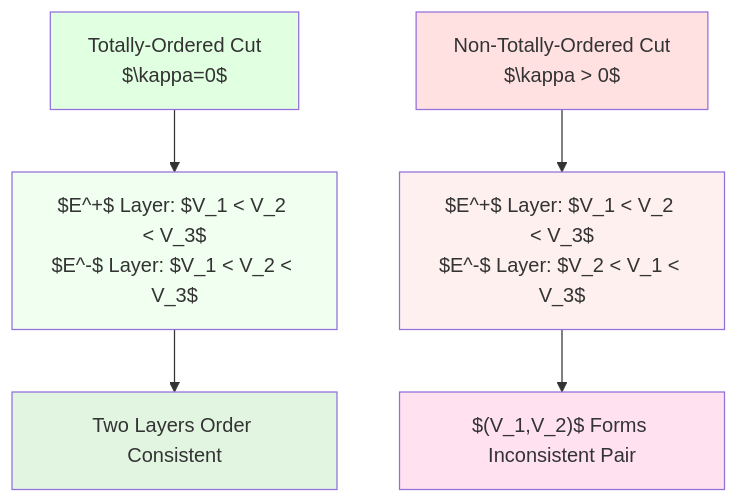
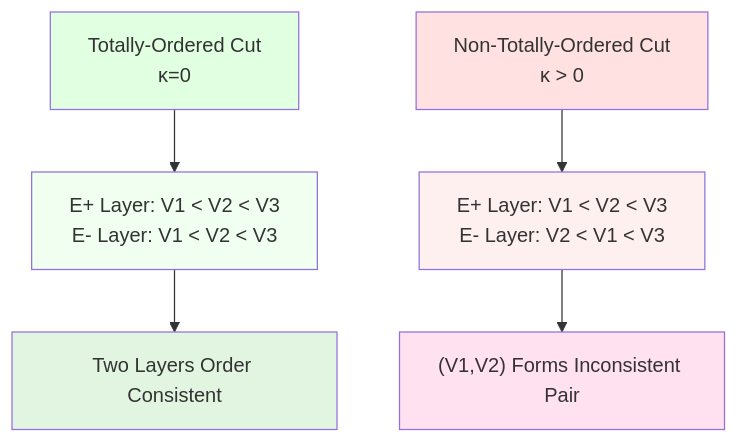
The third of 6 diagrams in docs/euler-article/gls-union/21-causal-diamond-chain/03-markov-stitching_en.md (loning/zeckendorf-hilbert), drawn with Mermaid before and after one commit. The commit also changed other lines of this file and 2 other files, not shown here.

````diff
--- a/docs/euler-article/gls-union/21-causal-diamond-chain/03-markov-stitching_en.md
+++ b/docs/euler-article/gls-union/21-causal-diamond-chain/03-markov-stitching_en.md
@@ -207,15 +207,15 @@
 ```mermaid
 graph TD
-    A["Totally-Ordered Cut<br/>$\kappa=0$"] --> A1["$E^+$ Layer: $V_1 < V_2 < V_3$<br/>$E^-$ Layer: $V_1 < V_2 < V_3$"]
+    A["Totally-Ordered Cut<br/>κ=0"] --> A1["E+ Layer: V1 < V2 < V3<br/>E- Layer: V1 < V2 < V3"]
     A1 --> A2["Two Layers Order Consistent"]
 
-    B["Non-Totally-Ordered Cut<br/>$\kappa > 0$"] --> B1["$E^+$ Layer: $V_1 < V_2 < V_3$<br/>$E^-$ Layer: $V_2 < V_1 < V_3$"]
-    B1 --> B2["$(V_1,V_2)$ Forms Inconsistent Pair"]
+    B["Non-Totally-Ordered Cut<br/>κ > 0"] --> B1["E+ Layer: V1 < V2 < V3<br/>E- Layer: V2 < V1 < V3"]
+    B1 --> B2["(V1,V2) Forms Inconsistent Pair"]
 
     style A fill:#e1ffe1
     style A1 fill:#f0fff0
     style A2 fill:#e1f5e1
     style B fill:#ffe1e1
     style B1 fill:#fff0f0
     style B2 fill:#ffe1f0
 ```
````
